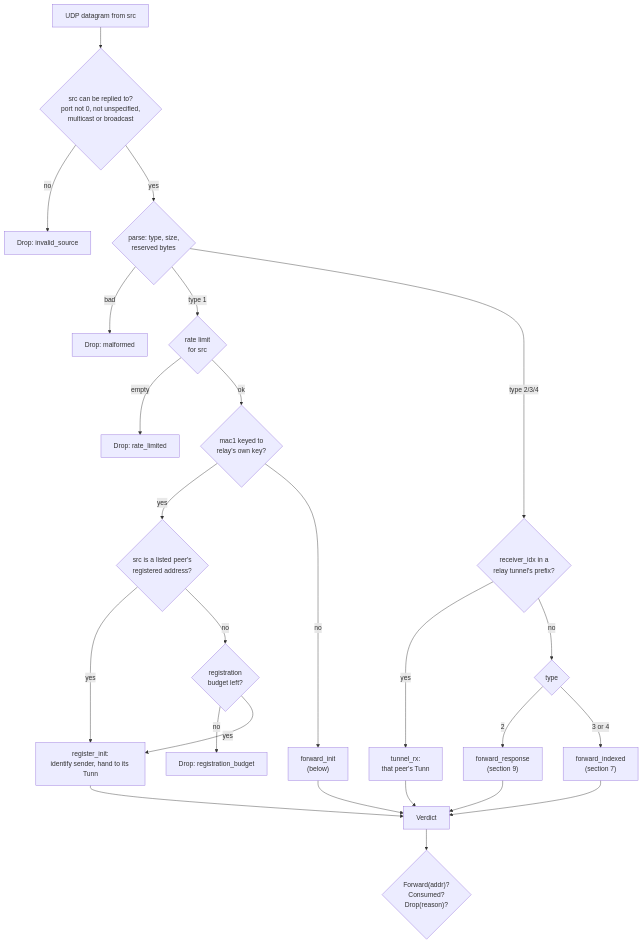
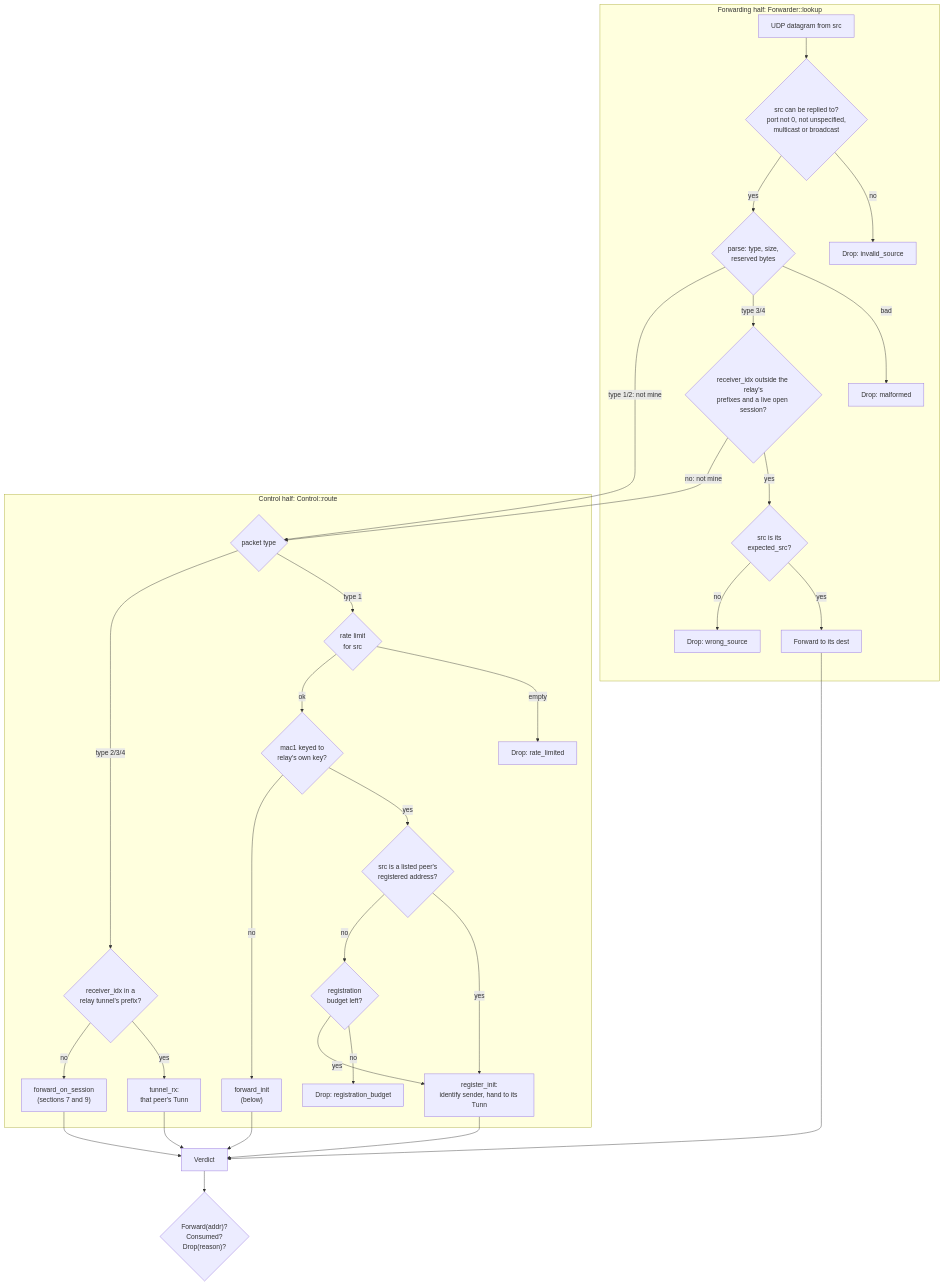
Diagram 14 of 22 in docs/how-it-works.md (3alpha/wg-relay), drawn with Mermaid before and after one commit. The commit also changed other lines of this file and 22 other files, not shown here.

First line of the commit message:
refactor(relay): split control from forwarding and break up tables

````diff
--- a/docs/how-it-works.md
+++ b/docs/how-it-works.md
@@ -472,27 +491,36 @@
 ```mermaid
 flowchart TD
-    IN["UDP datagram from src"] --> SV{"src can be replied to?<br/>port not 0, not unspecified,<br/>multicast or broadcast"}
-    SV -- no --> D0["Drop: invalid_source"]
-    SV -- yes --> P{"parse: type, size,<br/>reserved bytes"}
-    P -- bad --> M["Drop: malformed"]
-    P -- "type 1" --> RL{"rate limit<br/>for src"}
-    RL -- empty --> D1["Drop: rate_limited"]
-    RL -- ok --> RM{"mac1 keyed to<br/>relay's own key?"}
-    RM -- yes --> RS{"src is a listed peer's<br/>registered address?"}
-    RS -- yes --> REG["register_init:<br/>identify sender, hand to its Tunn"]
-    RS -- no --> RB{"registration<br/>budget left?"}
-    RB -- no --> D2["Drop: registration_budget"]
-    RB -- yes --> REG
-    RM -- no --> FI["forward_init<br/>(below)"]
-    P -- "type 2/3/4" --> PX{"receiver_idx in a<br/>relay tunnel's prefix?"}
-    PX -- yes --> TR["tunnel_rx:<br/>that peer's Tunn"]
-    PX -- no --> T2{"type"}
-    T2 -- 2 --> FR["forward_response<br/>(section 9)"]
-    T2 -- "3 or 4" --> FX["forward_indexed<br/>(section 7)"]
-    REG --> V["Verdict"]
+    subgraph fwd["Forwarding half: Forwarder::lookup"]
+        IN["UDP datagram from src"] --> SV{"src can be replied to?<br/>port not 0, not unspecified,<br/>multicast or broadcast"}
+        SV -- no --> D0["Drop: invalid_source"]
+        SV -- yes --> P{"parse: type, size,<br/>reserved bytes"}
+        P -- bad --> M["Drop: malformed"]
+        P -- "type 3/4" --> FO{"receiver_idx outside the relay's<br/>prefixes and a live open session?"}
+        FO -- yes --> FS{"src is its<br/>expected_src?"}
+        FS -- yes --> FW["Forward to its dest"]
+        FS -- no --> D3["Drop: wrong_source"]
+    end
+    subgraph ctl["Control half: Control::route"]
+        T{"packet type"}
+        T -- "type 1" --> RL{"rate limit<br/>for src"}
+        RL -- empty --> D1["Drop: rate_limited"]
+        RL -- ok --> RM{"mac1 keyed to<br/>relay's own key?"}
+        RM -- yes --> RS{"src is a listed peer's<br/>registered address?"}
+        RS -- yes --> REG["register_init:<br/>identify sender, hand to its Tunn"]
+        RS -- no --> RB{"registration<br/>budget left?"}
+        RB -- no --> D2["Drop: registration_budget"]
+        RB -- yes --> REG
+        RM -- no --> FI["forward_init<br/>(below)"]
+        T -- "type 2/3/4" --> PX{"receiver_idx in a<br/>relay tunnel's prefix?"}
+        PX -- yes --> TR["tunnel_rx:<br/>that peer's Tunn"]
+        PX -- no --> FX["forward_on_session<br/>(sections 7 and 9)"]
+    end
+    P -- "type 1/2: not mine" --> T
+    FO -- "no: not mine" --> T
+    FW --> V["Verdict"]
+    REG --> V
     TR --> V
     FI --> V
-    FR --> V
     FX --> V
     V --> OUT{"Forward(addr)?<br/>Consumed?<br/>Drop(reason)?"}
 ```
````
